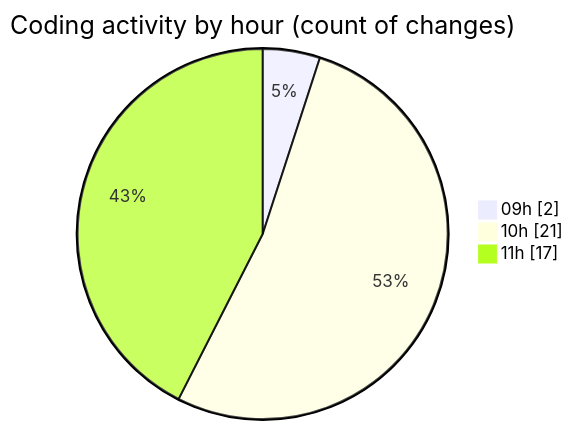
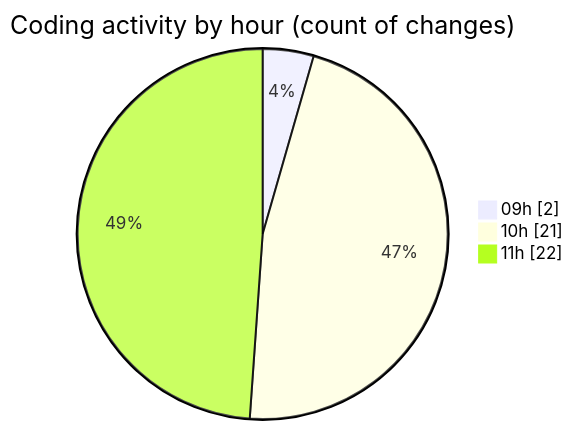
Before and after one commit to LanceThiago/code-tracking: the second of 2 diagrams in 2025-03-27/kml/README.md, drawn with Mermaid. The commit also changed other lines of this file and 1 other file, not shown here.

````diff
--- a/2025-03-27/kml/README.md
+++ b/2025-03-27/kml/README.md
@@ -40,7 +40,7 @@
 ```mermaid
 pie showData
 title Coding activity by hour (count of changes)
 "09h" : 2
 "10h" : 21
-"11h" : 17
+"11h" : 22
 ```
````
